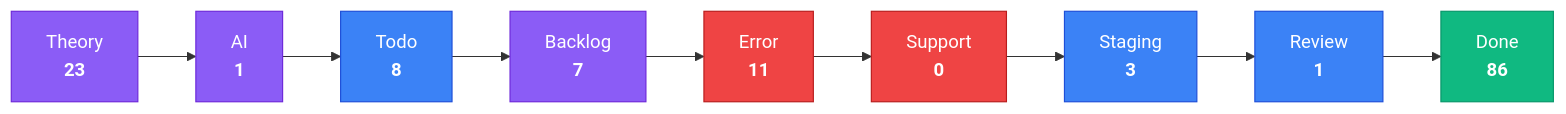
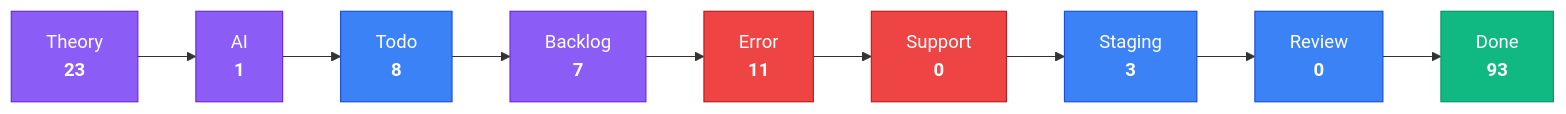
One commit to KBVE/kbve changed the third of 4 diagrams in apps/kbve/astro-kbve/src/content/docs/dashboard/kanban-data.mdx. Above: the diagram before and after it, drawn with Mermaid. The commit also changed other lines of this file and 8 other files, not shown here.

````diff
--- a/apps/kbve/astro-kbve/src/content/docs/dashboard/kanban-data.mdx
+++ b/apps/kbve/astro-kbve/src/content/docs/dashboard/kanban-data.mdx
@@ -80,28 +79,28 @@
 ```mermaid
 flowchart LR
     classDef planning fill:#8b5cf6,stroke:#6d28d9,color:#fff
     classDef active fill:#3b82f6,stroke:#1d4ed8,color:#fff
     classDef blocked fill:#ef4444,stroke:#b91c1c,color:#fff
     classDef done fill:#10b981,stroke:#059669,color:#fff
     Theory["Theory<br/><strong>23</strong>"]
     Theory --> AI
     AI["AI<br/><strong>1</strong>"]
     AI --> Todo
     Todo["Todo<br/><strong>8</strong>"]
     Todo --> Backlog
     Backlog["Backlog<br/><strong>7</strong>"]
     Backlog --> Error
     Error["Error<br/><strong>11</strong>"]
     Error --> Support
     Support["Support<br/><strong>0</strong>"]
     Support --> Staging
     Staging["Staging<br/><strong>3</strong>"]
     Staging --> Review
-    Review["Review<br/><strong>1</strong>"]
+    Review["Review<br/><strong>0</strong>"]
     Review --> Done
-    Done["Done<br/><strong>86</strong>"]
+    Done["Done<br/><strong>93</strong>"]
     class Theory,AI,Backlog planning
     class Todo,Staging,Review active
     class Error,Support blocked
     class Done done
 ```
````
